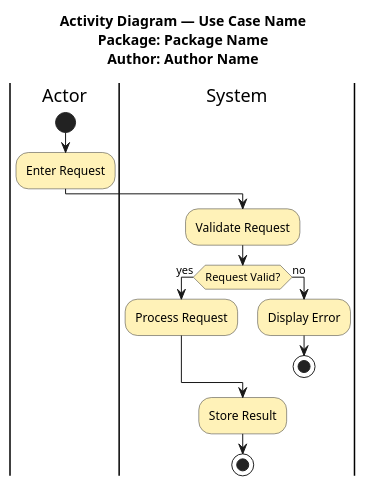
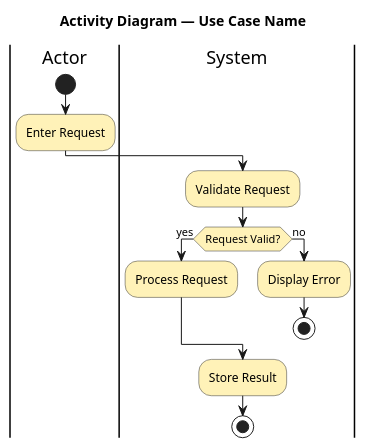
Before and after one commit to mblauberg/agent-harness: the fifth of 7 diagrams in skills/uml-diagrams/references/plantuml-patterns.md, drawn with PlantUML. The commit also changed other lines of this file and 198 other files, not shown here.

````diff
--- a/skills/uml-diagrams/references/plantuml-patterns.md
+++ b/skills/uml-diagrams/references/plantuml-patterns.md
@@ -93,27 +89,27 @@
 ```plantuml
 @startuml
 skinparam shadowing false
 skinparam activity {
   BackgroundColor #FFF2B8
   BorderColor #333333
 }
 
-title Activity Diagram — Use Case Name\nPackage: Package Name\nAuthor: Author Name
+title Activity Diagram — Use Case Name
 
 |Actor|
 start
 :Enter Request;
 
 |System|
 :Validate Request;
 if (Request Valid?) then (yes)
   :Process Request;
 else (no)
   :Display Error;
   stop
 endif
 
 :Store Result;
 stop
 @enduml
 ```
````
